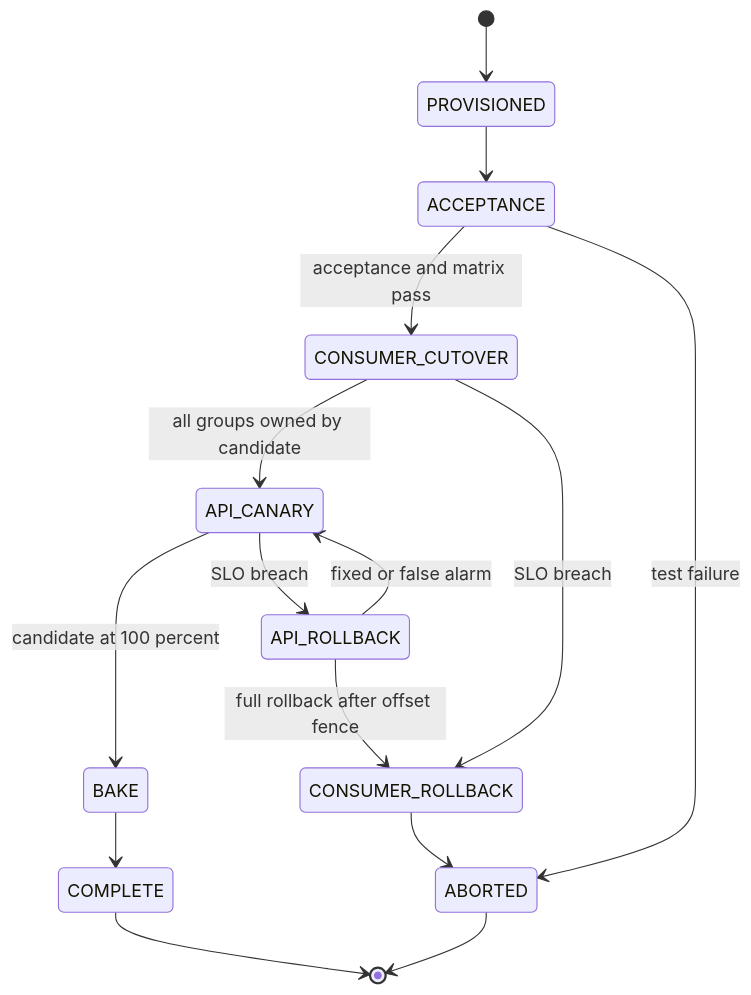
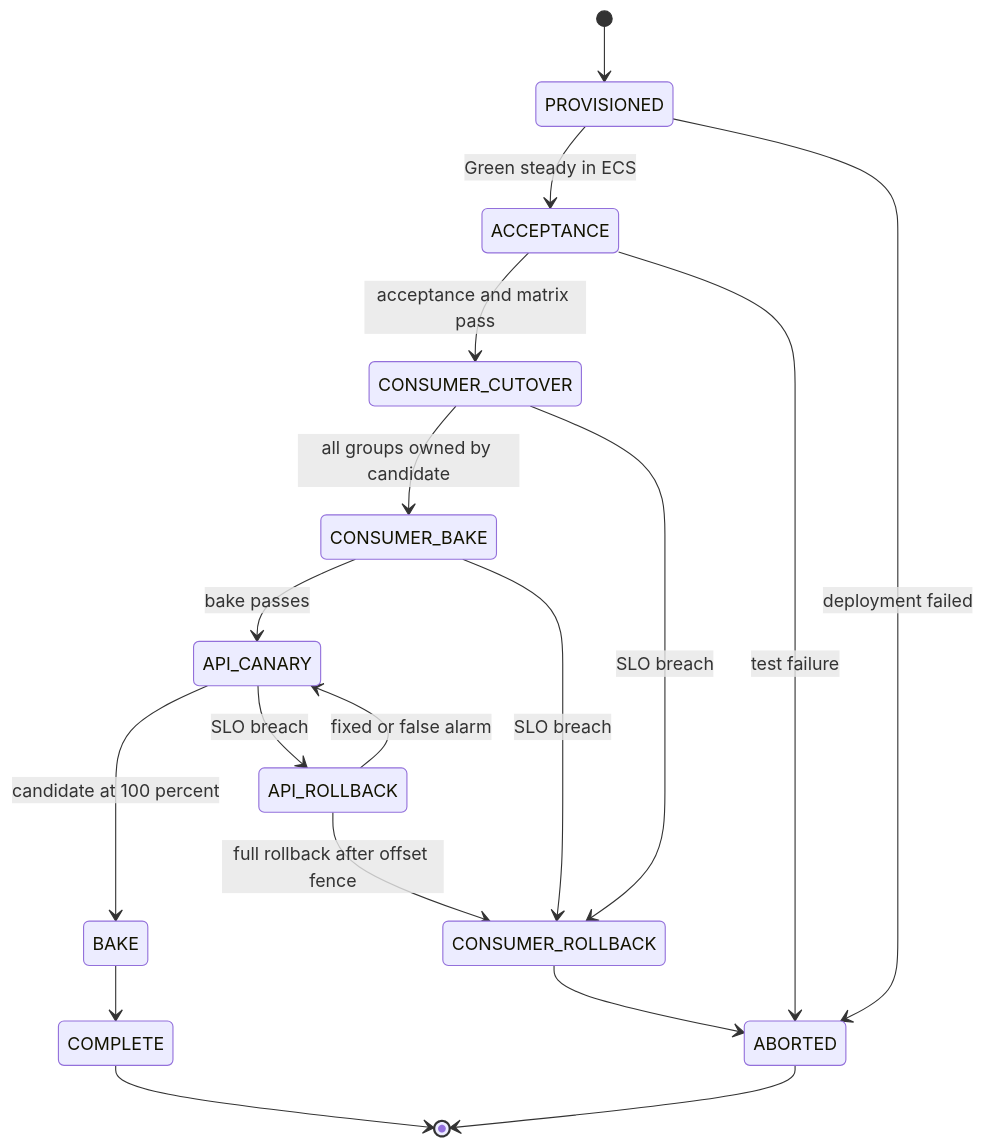
One commit to kr-shrey/personal-notes changed the second of 2 diagrams in consumer-canary-strategy.md. Above: the diagram before and after it, drawn with Mermaid. The commit also changed other lines of this file, not shown here.

````diff
--- a/consumer-canary-strategy.md
+++ b/consumer-canary-strategy.md
@@ -780,17 +780,20 @@
 ```mermaid
 stateDiagram-v2
     [*] --> PROVISIONED
-    PROVISIONED --> ACCEPTANCE
+    PROVISIONED --> ACCEPTANCE: Green steady in ECS
+    PROVISIONED --> ABORTED: deployment failed
     ACCEPTANCE --> CONSUMER_CUTOVER: acceptance and matrix pass
     ACCEPTANCE --> ABORTED: test failure
-    CONSUMER_CUTOVER --> API_CANARY: all groups owned by candidate
+    CONSUMER_CUTOVER --> CONSUMER_BAKE: all groups owned by candidate
     CONSUMER_CUTOVER --> CONSUMER_ROLLBACK: SLO breach
+    CONSUMER_BAKE --> API_CANARY: bake passes
+    CONSUMER_BAKE --> CONSUMER_ROLLBACK: SLO breach
     API_CANARY --> BAKE: candidate at 100 percent
     API_CANARY --> API_ROLLBACK: SLO breach
     API_ROLLBACK --> API_CANARY: fixed or false alarm
     API_ROLLBACK --> CONSUMER_ROLLBACK: full rollback after offset fence
     CONSUMER_ROLLBACK --> ABORTED
     BAKE --> COMPLETE
     COMPLETE --> [*]
     ABORTED --> [*]
 ```
````
